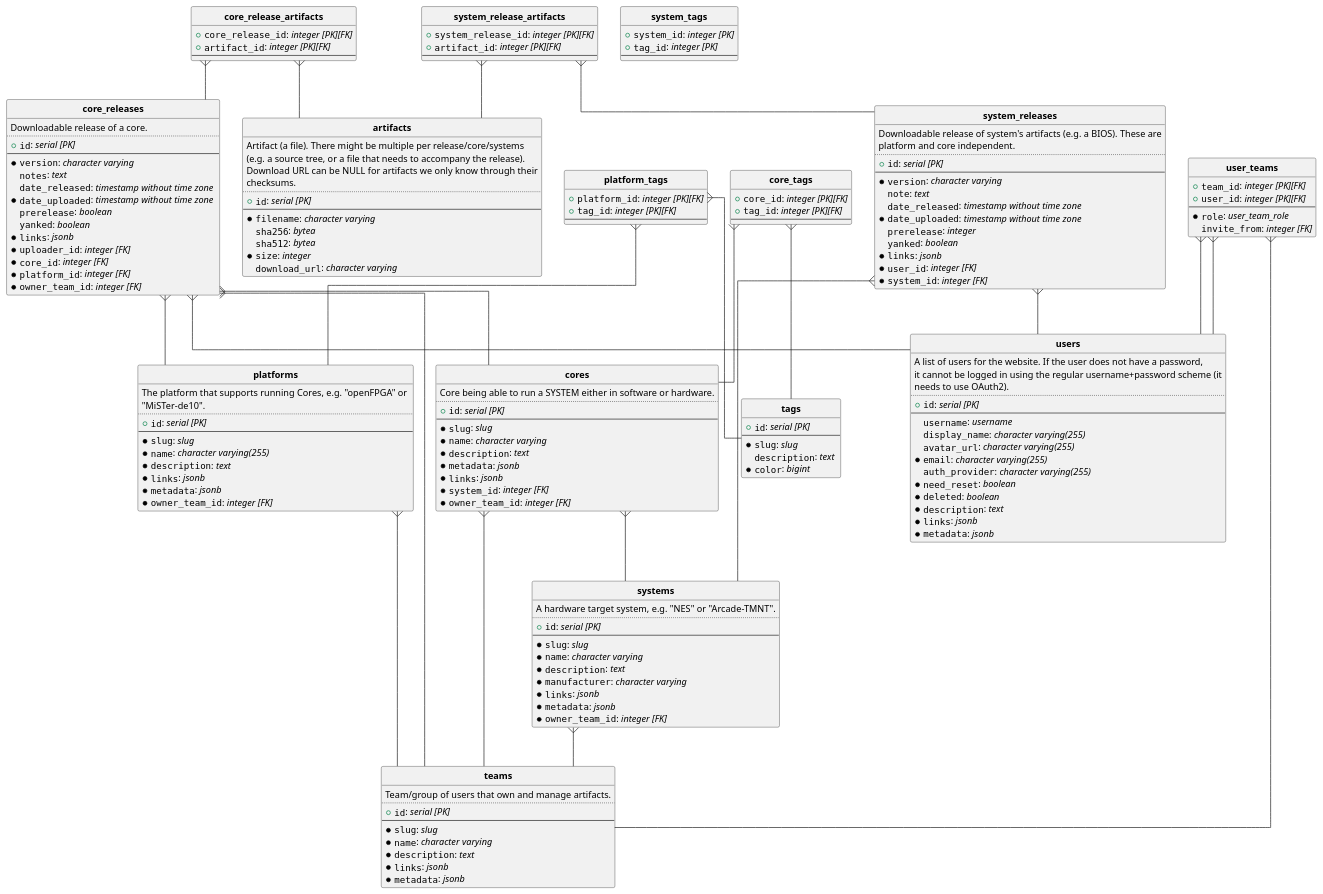
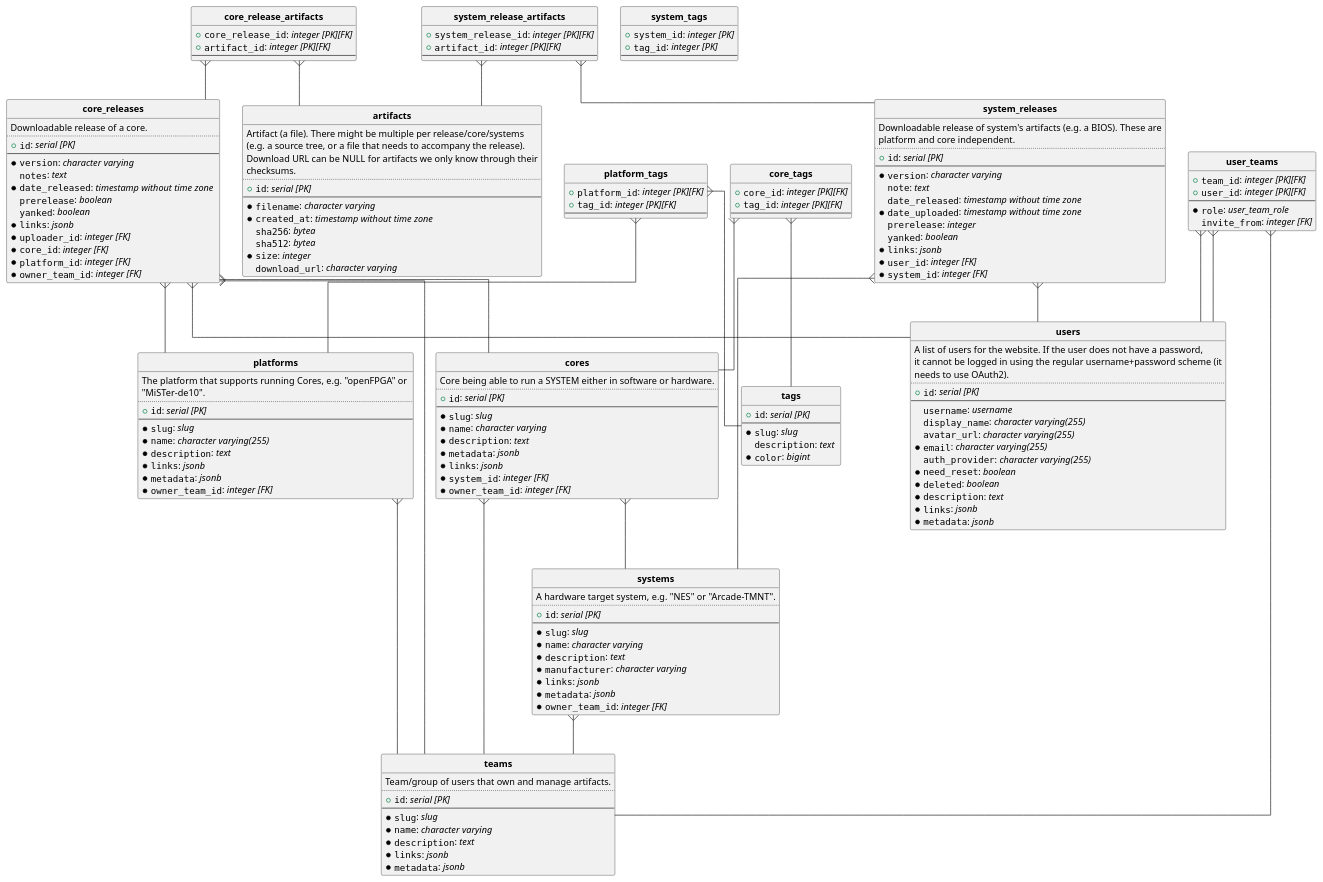
The diagram in docs/database.puml (1fpga/retronomicon), drawn with PlantUML before and after one commit. The commit also changed 6 other files, not shown here.

```diff
--- a/docs/database.puml
+++ b/docs/database.puml
@@ -8,6 +8,7 @@
   + ""id"": //serial [PK]//
   --
   *""filename"": //character varying //
+  *""created_at"": //timestamp without time zone //
   ""sha256"": //bytea //
   ""sha512"": //bytea //
   *""size"": //integer //
@@ -27,8 +28,7 @@
   --
   *""version"": //character varying //
   ""notes"": //text //
-  ""date_released"": //timestamp without time zone //
-  *""date_uploaded"": //timestamp without time zone //
+  *""date_released"": //timestamp without time zone //
   ""prerelease"": //boolean //
   ""yanked"": //boolean //
   *""links"": //jsonb //
```
